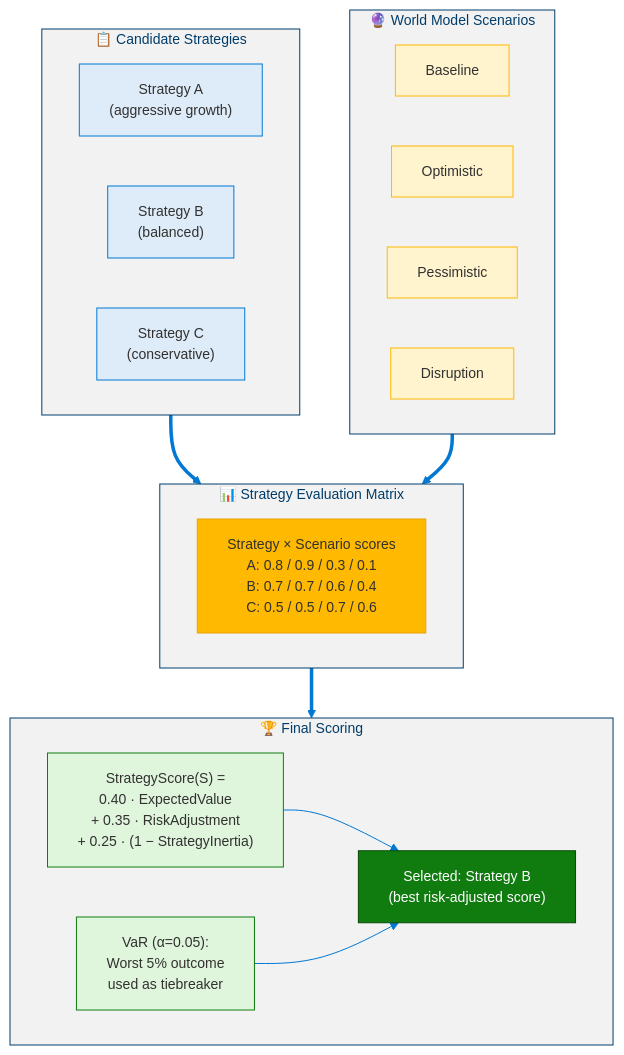
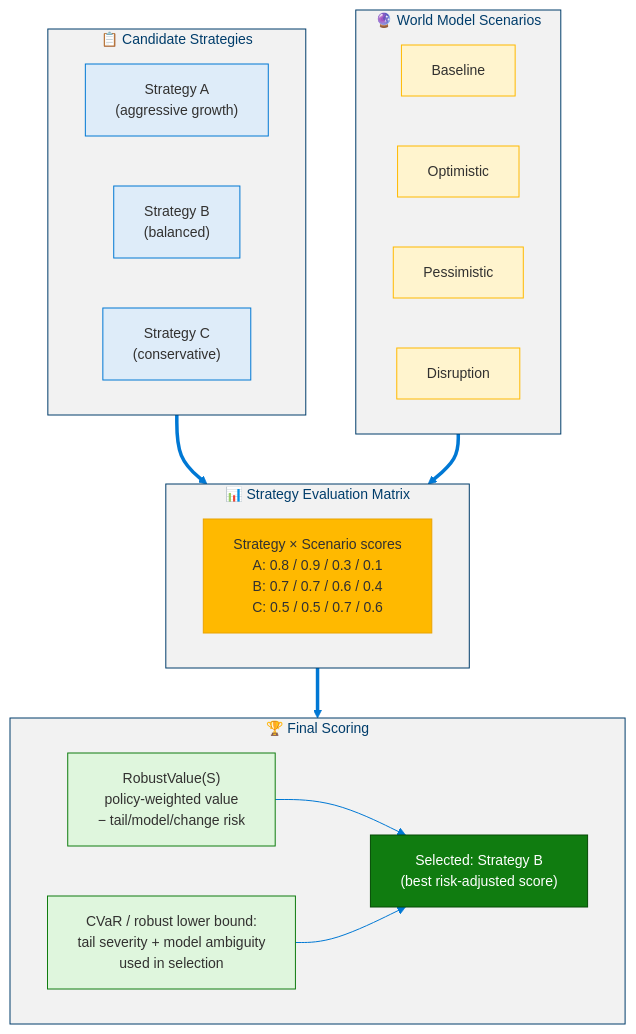
One commit to dotnetpower/mscp changed diagram 11 of 17 in docs/levels/Level_4_8_Strategic_Self_Modeling.md. Above: the diagram before and after it, drawn with Mermaid. The commit also changed other lines of this file and 21 other files, not shown here.

````diff
--- a/docs/levels/Level_4_8_Strategic_Self_Modeling.md
+++ b/docs/levels/Level_4_8_Strategic_Self_Modeling.md
@@ -545,38 +562,38 @@
 ```mermaid
 %%{init: {'theme': 'base', 'themeVariables': {'primaryColor': '#0078D4', 'primaryTextColor': '#003D6B', 'primaryBorderColor': '#003D6B', 'secondaryColor': '#50E6FF', 'secondaryTextColor': '#323130', 'secondaryBorderColor': '#00BCF2', 'tertiaryColor': '#F2F2F2', 'tertiaryTextColor': '#323130', 'lineColor': '#0078D4', 'textColor': '#323130', 'mainBkg': '#DEECF9', 'nodeBorder': '#0078D4', 'clusterBkg': '#F2F2F2', 'clusterBorder': '#003D6B', 'titleColor': '#003D6B', 'edgeLabelBackground': '#FFFFFF', 'fontSize': '14px'}}}%%
 flowchart TD
   classDef strat fill:#DEECF9,stroke:#0078D4,color:#323130
   classDef scenario fill:#FFF4CE,stroke:#FFB900,color:#323130
   classDef eval fill:#FFB900,stroke:#EAA300,color:#323130
   classDef score fill:#DFF6DD,stroke:#107C10,color:#323130
   classDef winner fill:#107C10,stroke:#054B05,color:#FFF
 
   subgraph Strategies["📋 Candidate Strategies"]
     SA["Strategy A<br/>(aggressive growth)"]:::strat
     SB["Strategy B<br/>(balanced)"]:::strat
     SC["Strategy C<br/>(conservative)"]:::strat
   end
 
   subgraph Scenarios["🔮 World Model Scenarios"]
     S1["Baseline"]:::scenario
     S2["Optimistic"]:::scenario
     S3["Pessimistic"]:::scenario
     S4["Disruption"]:::scenario
   end
 
   subgraph Evaluation["📊 Strategy Evaluation Matrix"]
     MATRIX["Strategy × Scenario scores<br/>A: 0.8 / 0.9 / 0.3 / 0.1<br/>B: 0.7 / 0.7 / 0.6 / 0.4<br/>C: 0.5 / 0.5 / 0.7 / 0.6"]:::eval
   end
 
   subgraph Scoring["🏆 Final Scoring"]
-    SCORE["StrategyScore(S) =<br/>0.40 · ExpectedValue<br/>+ 0.35 · RiskAdjustment<br/>+ 0.25 · (1 − StrategyInertia)"]:::score
-    VAR["VaR (α=0.05):<br/>Worst 5% outcome<br/>used as tiebreaker"]:::score
+    SCORE["RobustValue(S)<br/>policy-weighted value<br/>− tail/model/change risk"]:::score
+    VAR["CVaR / robust lower bound:<br/>tail severity + model ambiguity<br/>used in selection"]:::score
     WINNER["Selected: Strategy B<br/>(best risk-adjusted score)"]:::winner
   end
 
   Strategies ==> Evaluation
   Scenarios ==> Evaluation
   Evaluation ==> Scoring
   SCORE --> WINNER
   VAR --> WINNER
 ```
````
